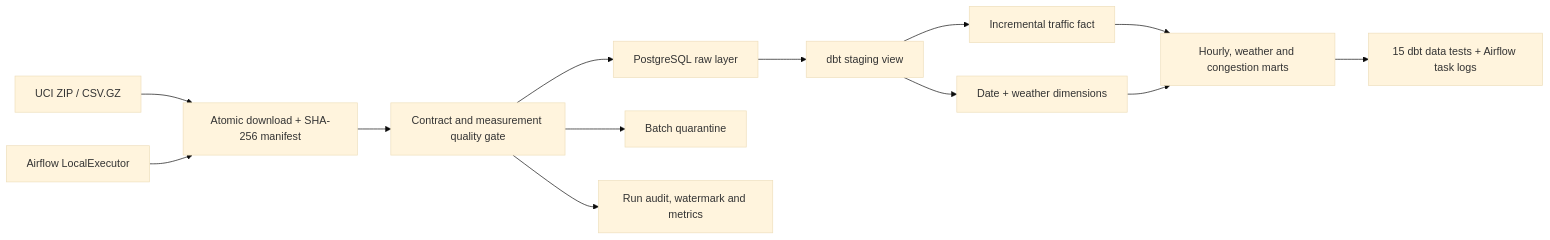
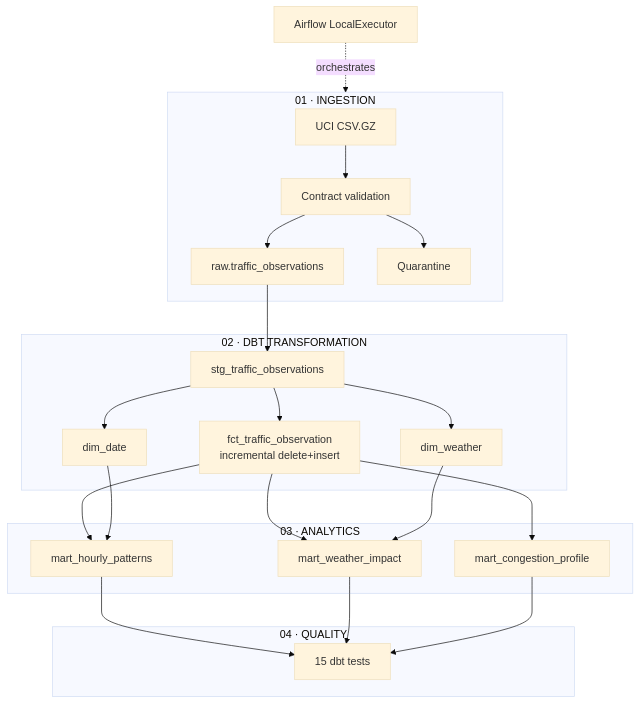
Before and after one commit to npgb2505/traffic-data-warehouse-local: the diagram in README.md, drawn with Mermaid (base theme). The commit also changed other lines of this file and 2 other files, not shown here.

Commit message:
docs: distinguish traffic warehouse with dbt lineage

````diff
--- a/README.md
+++ b/README.md
@@ -25,15 +17,27 @@
 ```mermaid
-flowchart LR
-    A["UCI ZIP / CSV.GZ"] --> B["Atomic download + SHA-256 manifest"]
-    B --> C["Contract and measurement quality gate"]
-    C --> R["PostgreSQL raw layer"]
-    C --> Q["Batch quarantine"]
-    R --> S["dbt staging view"]
-    S --> F["Incremental traffic fact"]
-    S --> D["Date + weather dimensions"]
-    F --> M["Hourly, weather and congestion marts"]
-    D --> M
-    M --> T["15 dbt data tests + Airflow task logs"]
-    C --> O["Run audit, watermark and metrics"]
-    AF["Airflow LocalExecutor"] --> B
+flowchart TB
+    subgraph INGEST["01 · INGESTION"]
+      A["UCI CSV.GZ"] --> B["Contract validation"]
+      B --> R["raw.traffic_observations"]
+      B --> Q["Quarantine"]
+    end
+    subgraph MODEL["02 · DBT TRANSFORMATION"]
+      R --> S["stg_traffic_observations"]
+      S --> F["fct_traffic_observation<br/>incremental delete+insert"]
+      S --> DD["dim_date"]
+      S --> DW["dim_weather"]
+    end
+    subgraph SERVE["03 · ANALYTICS"]
+      F --> H["mart_hourly_patterns"]
+      F --> W["mart_weather_impact"]
+      F --> C["mart_congestion_profile"]
+      DD --> H
+      DW --> W
+    end
+    subgraph ASSURE["04 · QUALITY"]
+      H --> T["15 dbt tests"]
+      W --> T
+      C --> T
+    end
+    AF["Airflow LocalExecutor"] -. orchestrates .-> INGEST
 ```
````
